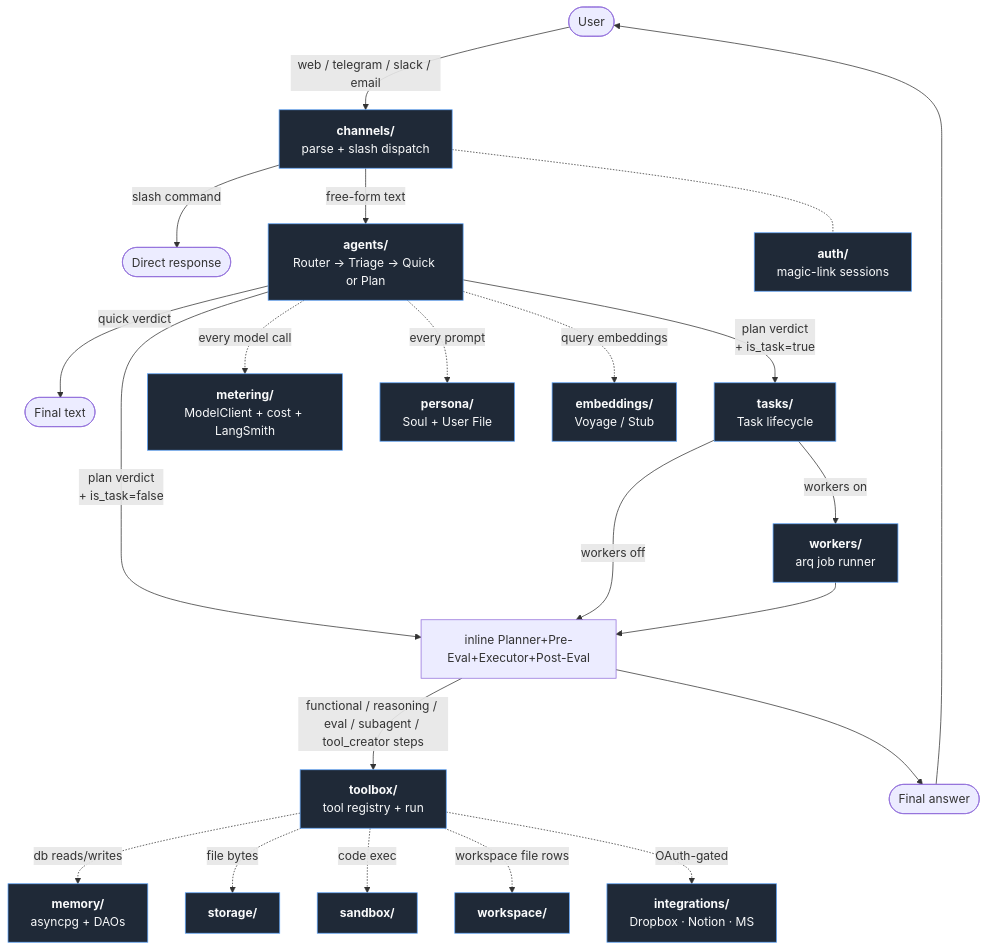
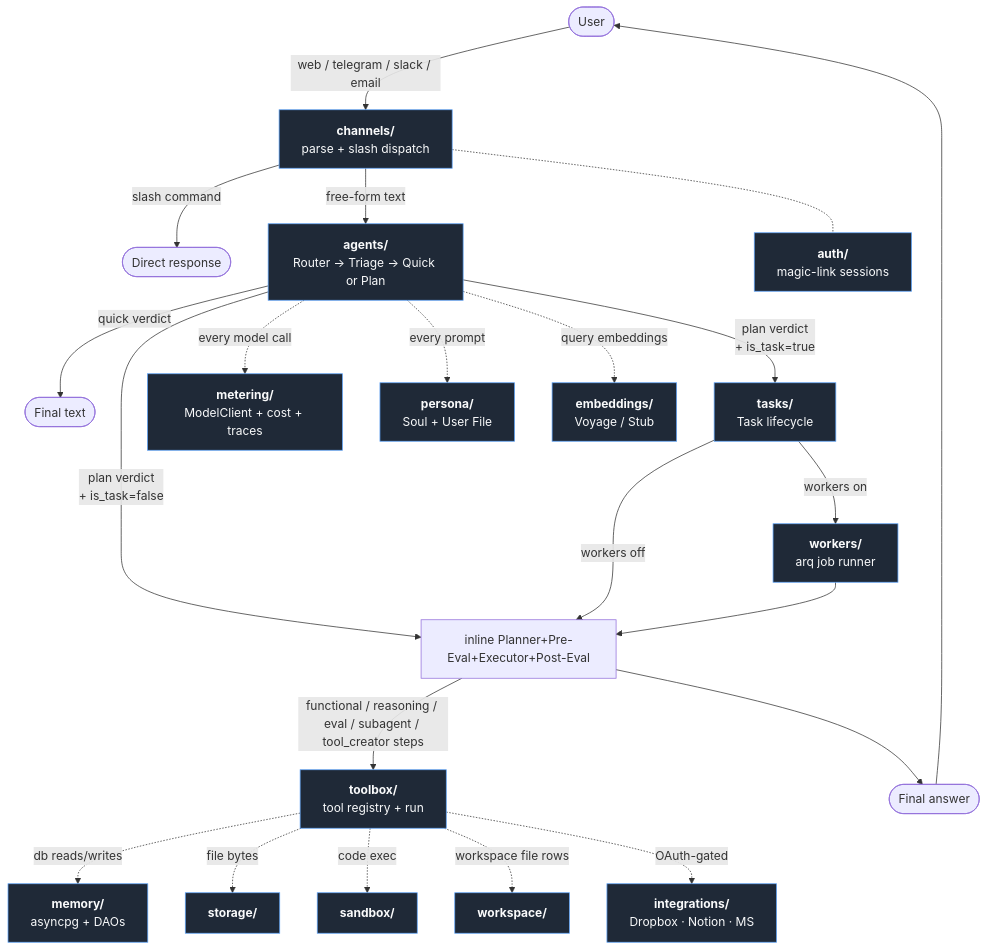
One commit to wolfpaw-ai/WolfPaw changed the second of 2 diagrams in README.md. Above: the diagram before and after it, drawn with Mermaid. The commit also changed other lines of this file and 31 other files, not shown here.

````diff
--- a/README.md
+++ b/README.md
@@ -181,55 +181,55 @@
 ```mermaid
 flowchart TD
     User([User])
     User -->|"web / telegram / slack / email"| Channels
 
     Channels["<b>channels/</b><br/>parse + slash dispatch"]:::pkg
     Channels -->|"slash command"| SlashResponse([Direct response])
     Channels -->|"free-form text"| Agents
 
     Agents["<b>agents/</b><br/>Router → Triage → Quick or Plan"]:::pkg
     Agents -->|"quick verdict"| QuickAnswer([Final text])
     Agents -->|"plan verdict<br/>+ is_task=false"| Inline["inline Planner+Pre-Eval+Executor+Post-Eval"]
     Agents -->|"plan verdict<br/>+ is_task=true"| Tasks
 
     Tasks["<b>tasks/</b><br/>Task lifecycle"]:::pkg
     Tasks -->|"workers on"| Workers
     Tasks -->|"workers off"| Inline
 
     Workers["<b>workers/</b><br/>arq job runner"]:::pkg
     Workers --> Inline
 
     Inline -->|"functional / reasoning / eval / subagent / tool_creator steps"| Toolbox
 
     Toolbox["<b>toolbox/</b><br/>tool registry + run"]:::pkg
     Toolbox -.->|"db reads/writes"| Memory["<b>memory/</b><br/>asyncpg + DAOs"]:::pkg
     Toolbox -.->|"file bytes"| Storage["<b>storage/</b>"]:::pkg
     Toolbox -.->|"code exec"| Sandbox["<b>sandbox/</b>"]:::pkg
     Toolbox -.->|"workspace file rows"| Workspace["<b>workspace/</b>"]:::pkg
     Toolbox -.->|"OAuth-gated"| Integrations["<b>integrations/</b><br/>Dropbox · Notion · MS"]:::pkg
 
     Inline --> Final([Final answer])
     Final --> User
 
     Channels -.- Auth["<b>auth/</b><br/>magic-link sessions"]:::pkg
-    Agents -.->|"every model call"| Metering["<b>metering/</b><br/>ModelClient + cost + LangSmith"]:::pkg
+    Agents -.->|"every model call"| Metering["<b>metering/</b><br/>ModelClient + cost + traces"]:::pkg
     Agents -.->|"every prompt"| Persona["<b>persona/</b><br/>Soul + User File"]:::pkg
     Agents -.->|"query embeddings"| Embeddings["<b>embeddings/</b><br/>Voyage / Stub"]:::pkg
 
     classDef pkg fill:#1f2937,stroke:#60a5fa,color:#f9fafb,stroke-width:1px;
 
     click Channels "src/wolfpaw/channels/README.md"
     click Agents "src/wolfpaw/agents/README.md"
     click Tasks "src/wolfpaw/tasks/README.md"
     click Workers "src/wolfpaw/workers/README.md"
     click Toolbox "src/wolfpaw/toolbox/README.md"
     click Memory "src/wolfpaw/memory/README.md"
     click Storage "src/wolfpaw/storage/README.md"
     click Sandbox "src/wolfpaw/sandbox/README.md"
     click Workspace "src/wolfpaw/workspace/README.md"
     click Integrations "src/wolfpaw/integrations/README.md"
     click Auth "src/wolfpaw/auth/README.md"
     click Metering "src/wolfpaw/metering/README.md"
     click Persona "src/wolfpaw/persona/README.md"
     click Embeddings "src/wolfpaw/embeddings/README.md"
 ```
````
